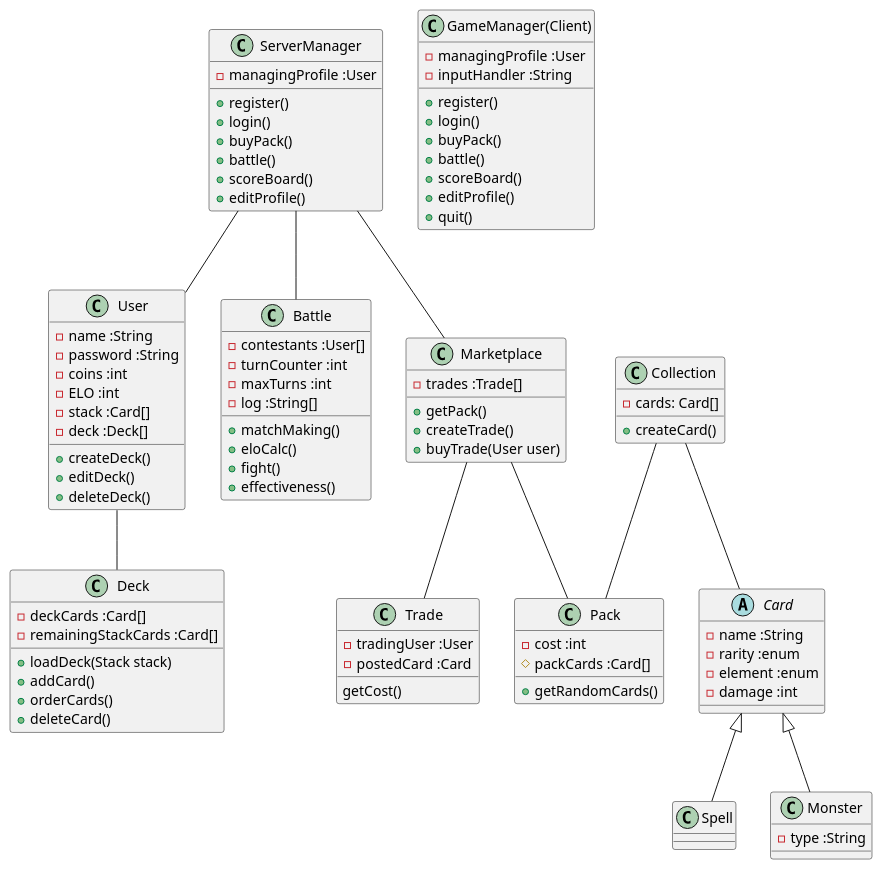
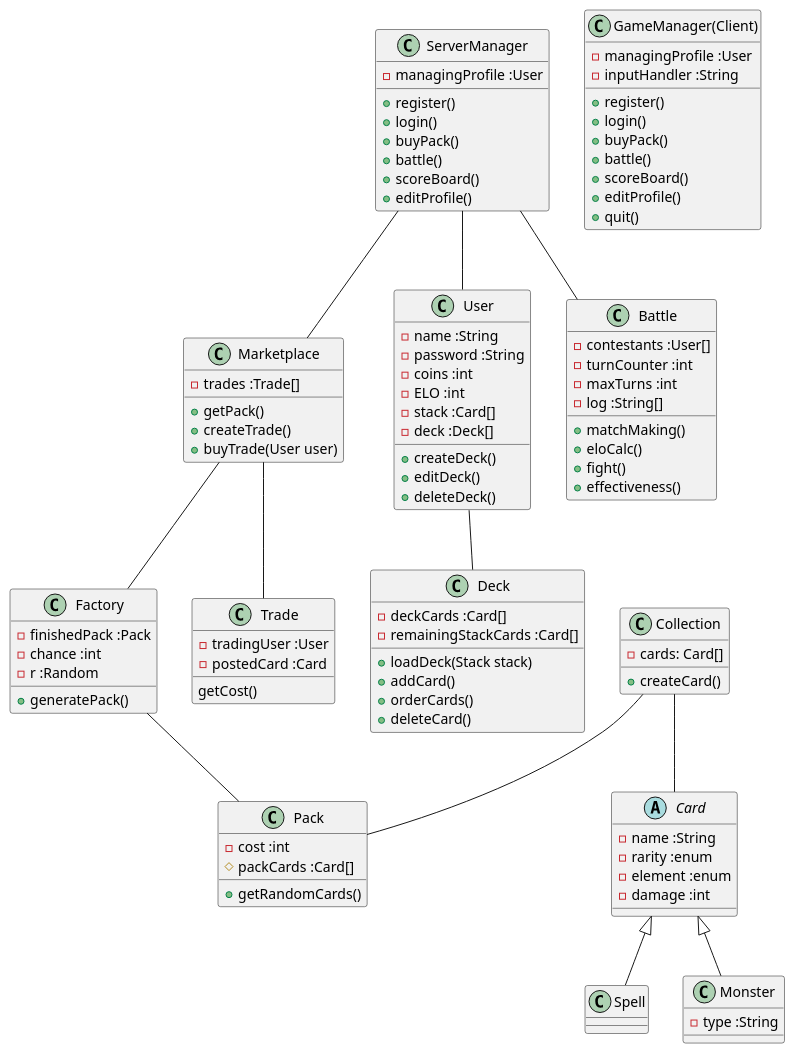
One commit to MrFiremark/MonsterTradingCardGame_Horvath_SWEN1 changed the diagram in plantuml/TCG_ClassDiagramm.puml. Above: the diagram before and after it, drawn with PlantUML. The commit also changed 14 other files, not shown here.

```diff
--- a/plantuml/TCG_ClassDiagramm.puml
+++ b/plantuml/TCG_ClassDiagramm.puml
@@ -1,119 +1,129 @@
 @startuml
 'https://plantuml.com/class-diagram
 
 class ServerManager{
 -managingProfile :User
 
 +register()
 +login()
 +buyPack()
 +battle()
 +scoreBoard()
 +editProfile()
 }
 
 abstract class Card{
 - name :String
 - rarity :enum
 - element :enum
 - damage :int
 
 }
 
 class Spell{
 }
 
 class Monster{
 -type :String
 }
 
 class Collection{
 -cards: Card[]
 
 +createCard()
 }
 
 class Deck{
 -deckCards :Card[]
 -remainingStackCards :Card[]
 
 +loadDeck(Stack stack)
 +addCard()
 +orderCards()
 +deleteCard()
 }
 
 class Marketplace{
 -trades :Trade[]
 
 +getPack()
 +createTrade()
 +buyTrade(User user)
 }
 
+class Factory{
+- finishedPack :Pack
+- chance :int
+- r :Random
+
++generatePack()
+}
+
 class Trade{
 -tradingUser :User
 -postedCard :Card
 
 getCost()
 }
 class Pack{
 -cost :int
 #packCards :Card[]
 
 +getRandomCards()
 }
 
 class User{
 -name :String
 -password :String
 -coins :int
 -ELO :int
 -stack :Card[]
 -deck :Deck[]
 
 +createDeck()
 +editDeck()
 +deleteDeck()
 }
 
 class Battle{
 -contestants :User[]
 -turnCounter :int
 -maxTurns :int
 -log :String[]
 
 +matchMaking()
 +eloCalc()
 +fight()
 +effectiveness()
 }
 
 User -- Deck
 
 Card <|-- Spell
 Card <|-- Monster
 
 Collection -- Card
 Collection -- Pack
 
-Marketplace -- Pack
+Marketplace -- Factory
 Marketplace -- Trade
+
+Factory -- Pack
 
 ServerManager -- Battle
 ServerManager -- Marketplace
 ServerManager -- User
 
 class GameManager(Client){
 -managingProfile :User
 -inputHandler :String
 
 +register()
 +login()
 +buyPack()
 +battle()
 +scoreBoard()
 +editProfile()
 +quit()
 }
 @enduml
```
